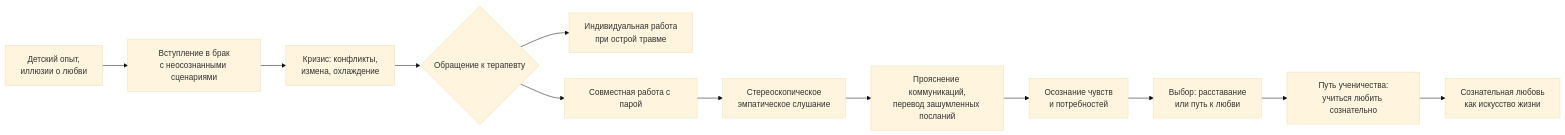
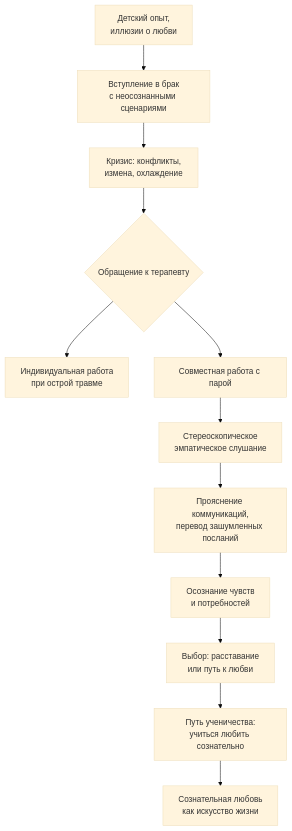
One commit to becasualle/vimutti changed the diagram in content/articles/psychology/psihologicheskoe-konsultirovanie/konsultirovanie-semejnyh-par.mdx. Above: the diagram before and after it, drawn with Mermaid (base theme). The commit also changed 30 other files, not shown here.

````diff
--- a/content/articles/psychology/psihologicheskoe-konsultirovanie/konsultirovanie-semejnyh-par.mdx
+++ b/content/articles/psychology/psihologicheskoe-konsultirovanie/konsultirovanie-semejnyh-par.mdx
@@ -204,14 +204,14 @@
 ```mermaid
-flowchart LR
+flowchart TD
     A[Детский опыт,<br>иллюзии о любви] --> B[Вступление в брак<br>с неосознанными сценариями]
     B --> C[Кризис: конфликты,<br>измена, охлаждение]
     C --> D{Обращение к терапевту}
     D --> E[Индивидуальная работа<br>при острой травме]
     D --> F[Совместная работа с парой]
     F --> G[Стереоскопическое<br>эмпатическое слушание]
     G --> H[Прояснение коммуникаций,<br>перевод зашумленных посланий]
     H --> I[Осознание чувств<br>и потребностей]
     I --> J[Выбор: расставание<br>или путь к любви]
     J --> K[Путь ученичества:<br>учиться любить сознательно]
     K --> L[Сознательная любовь<br>как искусство жизни]
 ```
````
